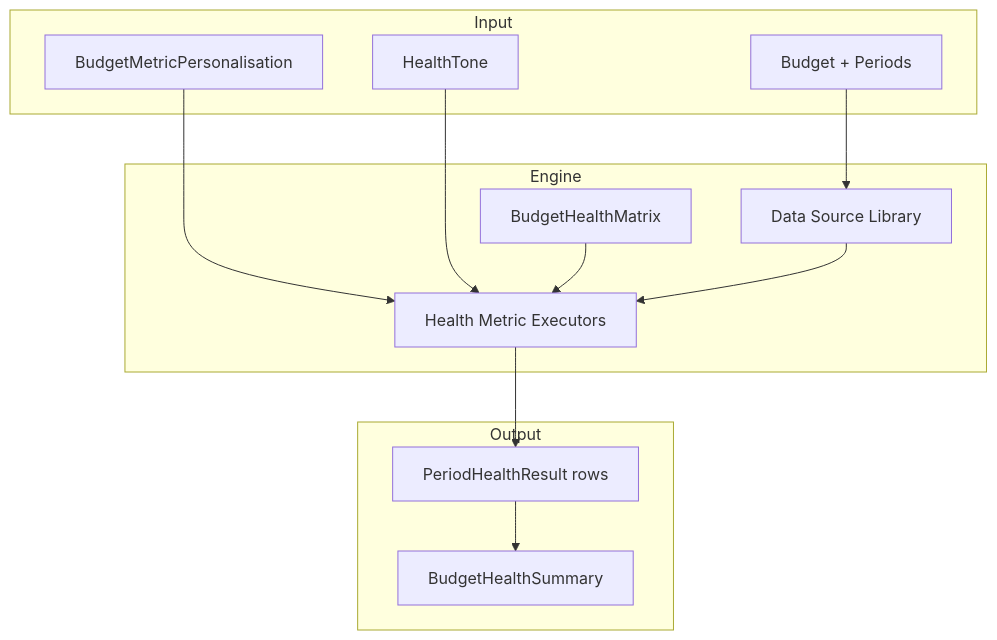
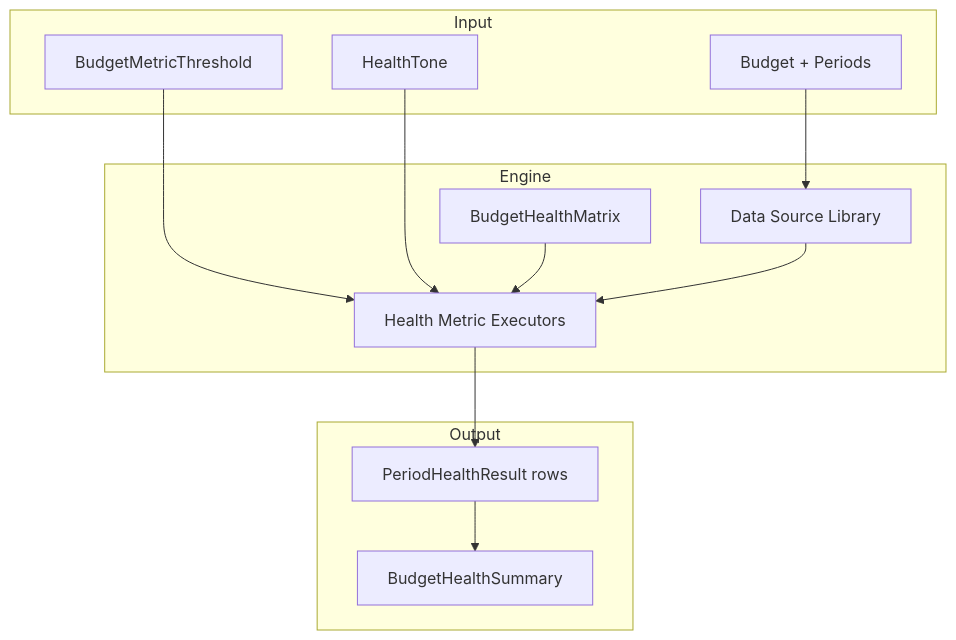
The diagram in docs/plans/BUDGET_HEALTH_ENGINE_PLAN.md (mixednutts/dosh), drawn with Mermaid before and after one commit. The commit also changed other lines of this file and 30 other files, not shown here.

````diff
--- a/docs/plans/BUDGET_HEALTH_ENGINE_PLAN.md
+++ b/docs/plans/BUDGET_HEALTH_ENGINE_PLAN.md
@@ -310,24 +310,24 @@
 ```mermaid
 flowchart TB
     subgraph Input
         B[Budget + Periods]
-        P[BudgetMetricPersonalisation]
-        T[HealthTone]
+        T[BudgetMetricThreshold]
+        Tone[HealthTone]
     end
     subgraph Engine
         M[BudgetHealthMatrix]
         DS[Data Source Library]
         HM[Health Metric Executors]
     end
     subgraph Output
         PHR[PeriodHealthResult rows]
         BHS[BudgetHealthSummary]
     end
     B --> DS
-    P --> HM
     T --> HM
+    Tone --> HM
     M --> HM
     DS --> HM
     HM --> PHR
     PHR --> BHS
 ```
````
